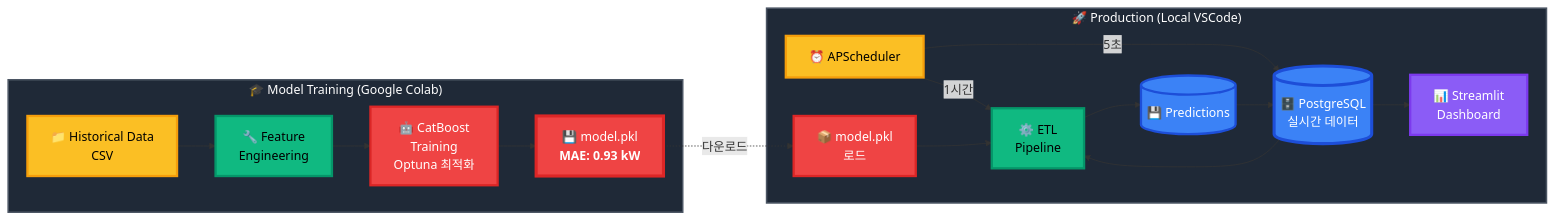
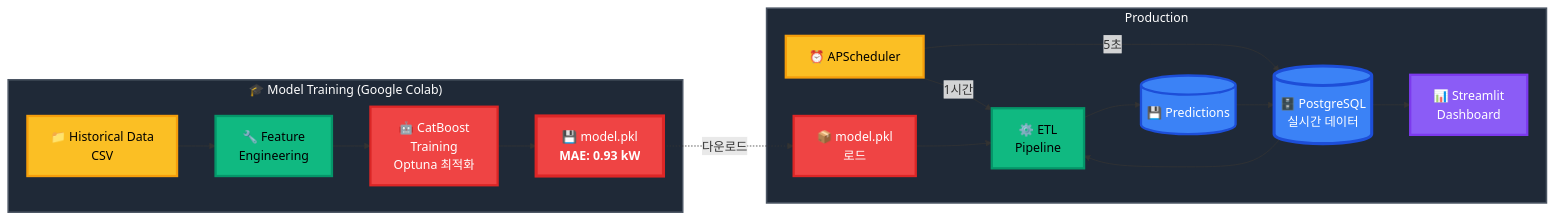
The fifth of 8 diagrams in README.md (ParkJH0313/smart-factory-power), drawn with Mermaid before and after one commit.

````diff
--- a/README.md
+++ b/README.md
@@ -151,44 +151,44 @@
 ```mermaid
 graph LR
     subgraph Training["🎓 Model Training (Google Colab)"]
         T1["📁 Historical Data<br/>CSV"]
         T2["🔧 Feature<br/>Engineering"]
         T3["🤖 CatBoost<br/>Training<br/>Optuna 최적화"]
         T4["💾 model.pkl<br/><b>MAE: 0.93 kW</b>"]
     end
     
-    subgraph Production["🚀 Production (Local VSCode)"]
+    subgraph Production[" Production "]
         P1["⏰ APScheduler"]
         P2[("🗄️ PostgreSQL<br/>실시간 데이터")]
         P3["📦 model.pkl<br/>로드"]
         P4["⚙️ ETL<br/>Pipeline"]
         P5[("💾 Predictions")]
         P6["📊 Streamlit<br/>Dashboard"]
     end
     
     T1 --> T2
     T2 --> T3
     T3 --> T4
     T4 -.->|"다운로드"| P3
     
     P1 -->|"5초"| P2
     P1 -->|"1시간"| P4
     P2 --> P4
     P3 --> P4
     P4 --> P5
     P5 --> P2
     P2 --> P6
     
     style T1 fill:#fbbf24,stroke:#f59e0b,stroke-width:3px,color:#000
     style T2 fill:#10b981,stroke:#059669,stroke-width:3px,color:#000
     style T3 fill:#ef4444,stroke:#dc2626,stroke-width:3px,color:#fff
     style T4 fill:#ef4444,stroke:#dc2626,stroke-width:4px,color:#fff
     style P1 fill:#fbbf24,stroke:#f59e0b,stroke-width:3px,color:#000
     style P2 fill:#3b82f6,stroke:#1d4ed8,stroke-width:4px,color:#fff
     style P3 fill:#ef4444,stroke:#dc2626,stroke-width:3px,color:#fff
     style P4 fill:#10b981,stroke:#059669,stroke-width:3px,color:#000
     style P5 fill:#3b82f6,stroke:#1d4ed8,stroke-width:3px,color:#fff
     style P6 fill:#8b5cf6,stroke:#7c3aed,stroke-width:3px,color:#fff
     style Training fill:#1f2937,stroke:#4b5563,stroke-width:2px,color:#fff
     style Production fill:#1f2937,stroke:#4b5563,stroke-width:2px,color:#fff
 ```
````
